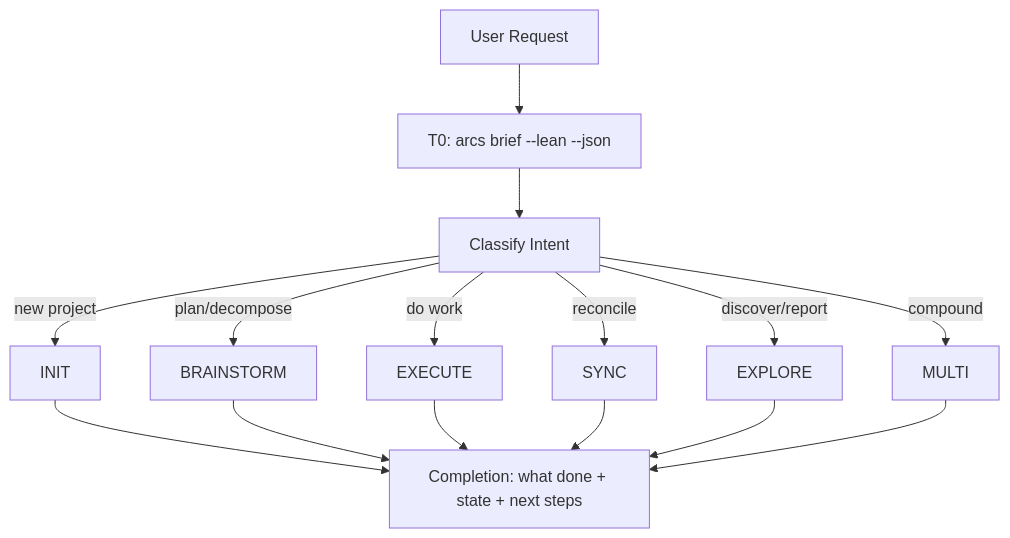
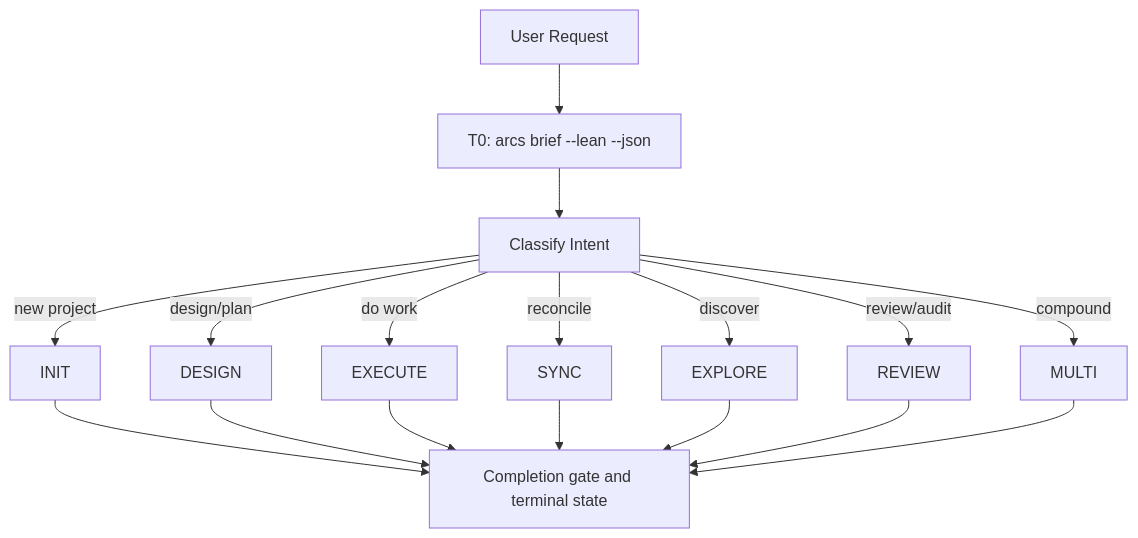
The diagram in skills/orchestrate.md (rryando/arcs), drawn with Mermaid before and after one commit. The commit also changed other lines of this file and 70 other files, not shown here.

````diff
--- a/skills/orchestrate.md
+++ b/skills/orchestrate.md
@@ -15,12 +15,13 @@
 ```mermaid
 flowchart TD
     A[User Request] --> B[T0: arcs brief --lean --json]
     B --> C[Classify Intent]
     C -->|new project| INIT[INIT]
-    C -->|plan/decompose| BRAINSTORM[BRAINSTORM]
+    C -->|design/plan| DESIGN[DESIGN]
     C -->|do work| EXECUTE[EXECUTE]
     C -->|reconcile| SYNC[SYNC]
-    C -->|discover/report| EXPLORE[EXPLORE]
+    C -->|discover| EXPLORE[EXPLORE]
+    C -->|review/audit| REVIEW[REVIEW]
     C -->|compound| MULTI[MULTI]
-    INIT & BRAINSTORM & EXECUTE & SYNC & EXPLORE & MULTI --> DONE[Completion: what done + state + next steps]
+    INIT & DESIGN & EXECUTE & SYNC & EXPLORE & REVIEW & MULTI --> DONE[Completion gate and terminal state]
 ```
````
